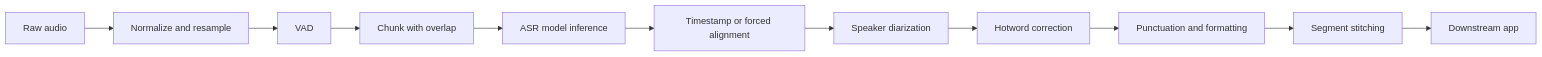
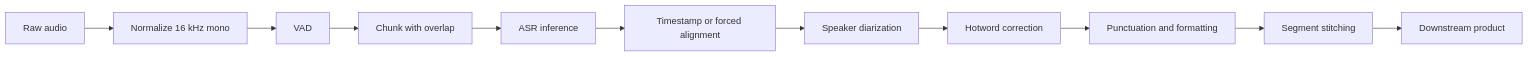
One commit to david-xinyuwei/david-share changed the first of 2 diagrams in Deep-Learning/Qwen3-ASR-Training-Inference-Validation-on-Azure/README.md. Above: the diagram before and after it, drawn with Mermaid. The commit also changed other lines of this file and 15 other files, not shown here.

````diff
--- a/Deep-Learning/Qwen3-ASR-Training-Inference-Validation-on-Azure/README.md
+++ b/Deep-Learning/Qwen3-ASR-Training-Inference-Validation-on-Azure/README.md
@@ -126,13 +202,13 @@
 ```mermaid
 flowchart LR
-      A[Raw audio] --> B[Normalize and resample]
-      B --> C[VAD]
-      C --> D[Chunk with overlap]
-      D --> E[ASR model inference]
-      E --> F[Timestamp or forced alignment]
-      F --> G[Speaker diarization]
-      G --> H[Hotword correction]
-      H --> I[Punctuation and formatting]
-      I --> J[Segment stitching]
-      J --> K[Downstream app]
+    A[Raw audio] --> B[Normalize 16 kHz mono]
+    B --> C[VAD]
+    C --> D[Chunk with overlap]
+    D --> E[ASR inference]
+    E --> F[Timestamp or forced alignment]
+    F --> G[Speaker diarization]
+    G --> H[Hotword correction]
+    H --> I[Punctuation and formatting]
+    I --> J[Segment stitching]
+    J --> K[Downstream product]
 ```
````
